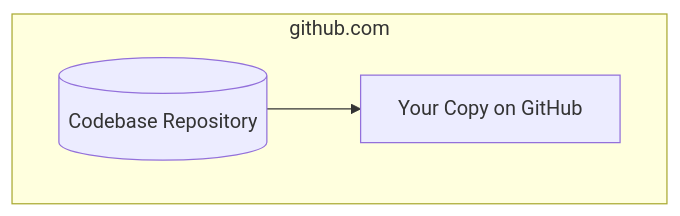
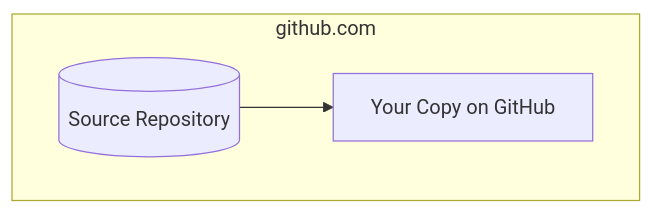
Before and after one commit to systemphil/sphil: the first of 3 diagrams in src/pages/-contributing/github/general-workflow.mdx, drawn with Mermaid. The commit also changed other lines of this file and 5 other files, not shown here.

````diff
--- a/src/pages/-contributing/github/general-workflow.mdx
+++ b/src/pages/-contributing/github/general-workflow.mdx
@@ -9,6 +11,6 @@
 ```mermaid
 graph TD;
     subgraph AA [github.com]
-    id1[(Codebase Repository)] --> id2[Your Copy on GitHub];
+    id1[(Source Repository)] --> id2[Your Copy on GitHub];
     end
 ```
````
